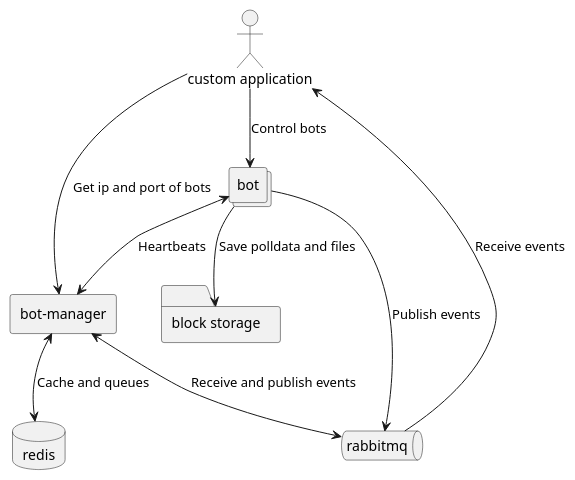
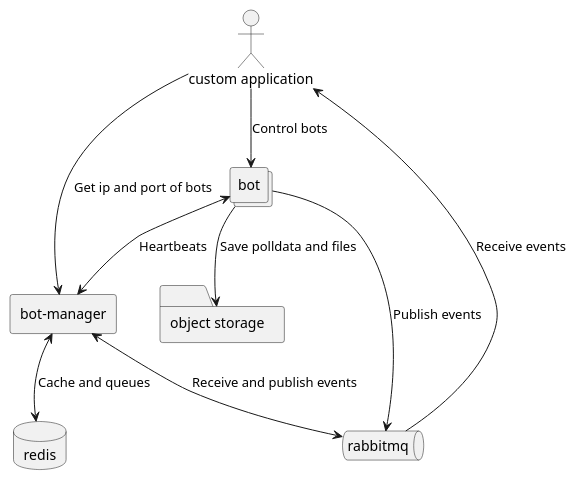
The diagram in docs/diagrams/deployment.plantuml (tf2-automatic/tf2-automatic), drawn with PlantUML before and after one commit. The commit also changed 1 other file, not shown here.

Commit message:
docs: fix diagram

```diff
--- a/docs/diagrams/deployment.plantuml
+++ b/docs/diagrams/deployment.plantuml
@@ -1,21 +1,21 @@
 @startuml Deployment diagram
 
 actor "custom application" as client
 collections "bot" as bot
 agent "bot-manager" as bot_manager
-folder "block storage" as bot_storage
+folder "object storage" as bot_storage
 database "redis" as redis
 queue "rabbitmq" as rabbitmq
 
 bot <--> bot_manager : Heartbeats
 
 bot --> bot_storage : Save polldata and files
 bot --> rabbitmq : Publish events
 bot_manager <--> rabbitmq : Receive and publish events
 bot_manager <--> redis : Cache and queues
 
 client --> bot_manager : Get ip and port of bots
 client --> bot : Control bots
 rabbitmq --> client : Receive events
 
 @enduml
```
